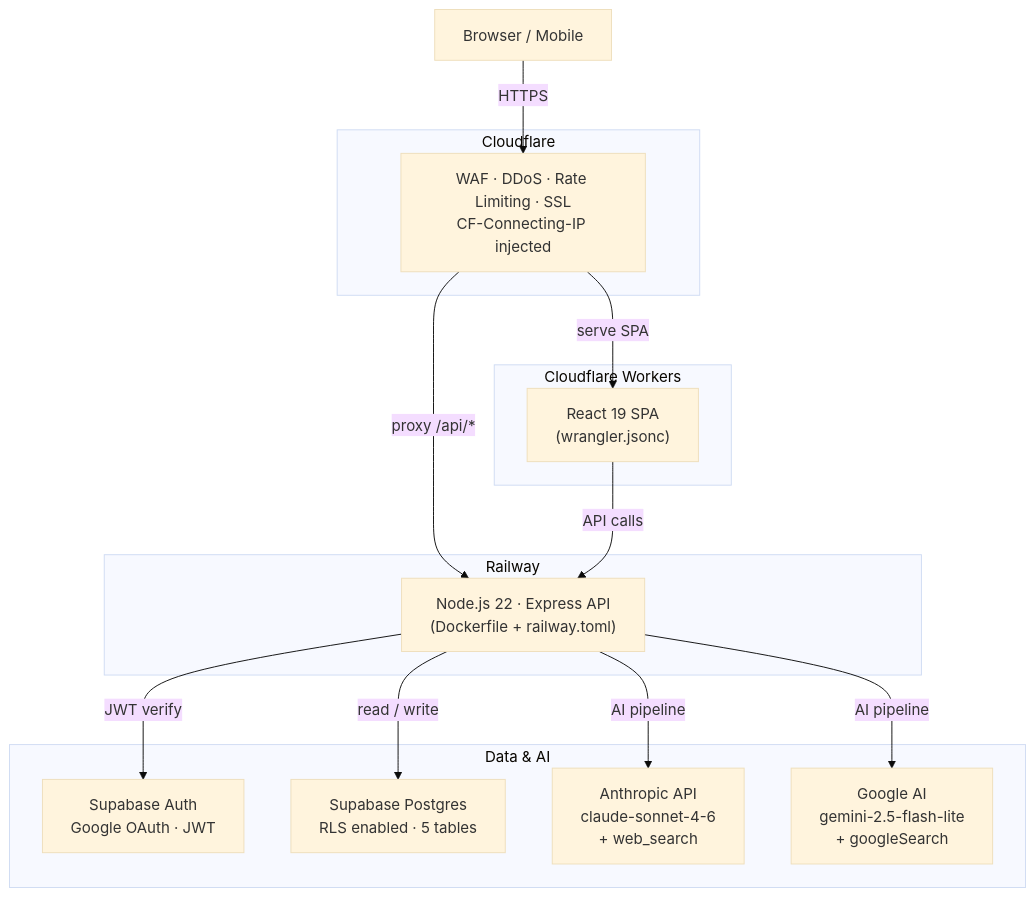
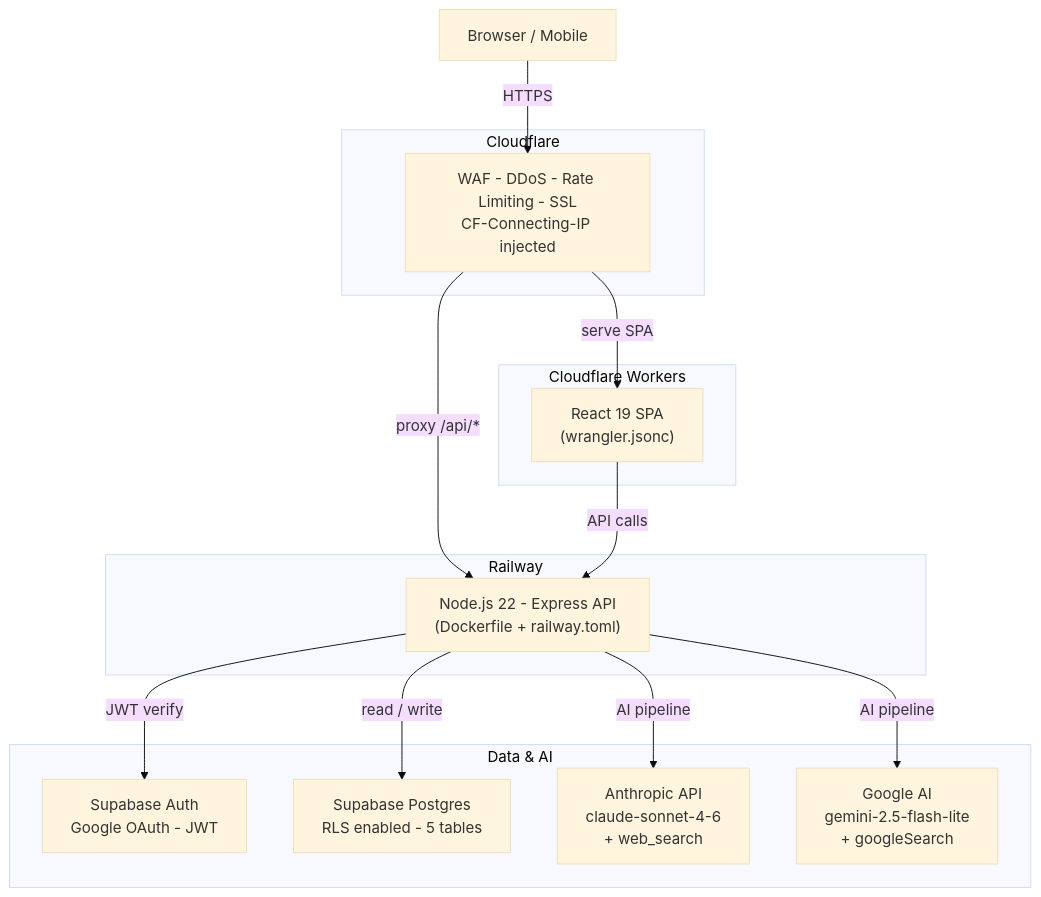
The diagram in README.md (loopnestdev/moat-finder), drawn with Mermaid (base theme) before and after one commit. The commit also changed other lines of this file and 6 other files, not shown here.

````diff
--- a/README.md
+++ b/README.md
@@ -26,32 +26,32 @@
 ```mermaid
 graph TB
     Browser["Browser / Mobile"]
 
     subgraph CF["Cloudflare"]
-        WAF["WAF · DDoS · Rate Limiting · SSL\nCF-Connecting-IP injected"]
+        WAF["WAF - DDoS - Rate Limiting - SSL\nCF-Connecting-IP injected"]
     end
 
     subgraph Frontend["Cloudflare Workers"]
         SPA["React 19 SPA\n(wrangler.jsonc)"]
     end
 
     subgraph Backend["Railway"]
-        API["Node.js 22 · Express API\n(Dockerfile + railway.toml)"]
+        API["Node.js 22 - Express API\n(Dockerfile + railway.toml)"]
     end
 
     subgraph Data["Data & AI"]
-        Auth["Supabase Auth\nGoogle OAuth · JWT"]
-        DB["Supabase Postgres\nRLS enabled · 5 tables"]
+        Auth["Supabase Auth\nGoogle OAuth - JWT"]
+        DB["Supabase Postgres\nRLS enabled - 5 tables"]
         Claude["Anthropic API\nclaude-sonnet-4-6\n+ web_search"]
         Gemini["Google AI\ngemini-2.5-flash-lite\n+ googleSearch"]
     end
 
     Browser -->|HTTPS| WAF
     WAF -->|serve SPA| SPA
     WAF -->|proxy /api/*| API
     SPA -->|API calls| API
     API -->|JWT verify| Auth
     API -->|read / write| DB
     API -->|AI pipeline| Claude
     API -->|AI pipeline| Gemini
 ```
````
